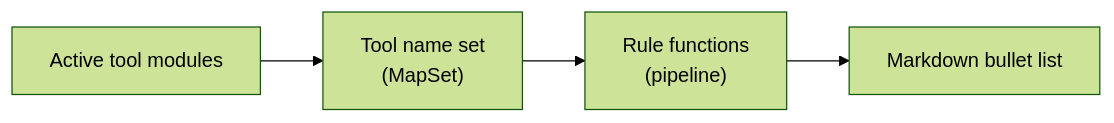
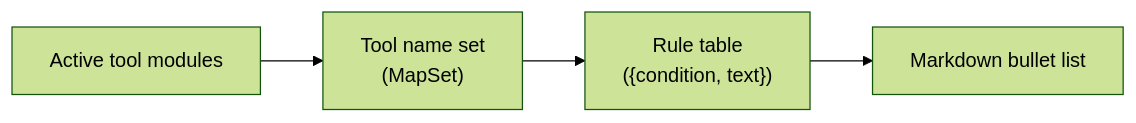
Before and after one commit to matteing/opal: the second of 3 diagrams in docs/system-prompt.md, drawn with Mermaid (forest theme). The commit also changed other lines of this file and 37 other files, not shown here.

````diff
--- a/docs/system-prompt.md
+++ b/docs/system-prompt.md
@@ -161,6 +181,6 @@
 ```mermaid
 flowchart LR
     Tools["Active tool modules"] --> Names["Tool name set<br/>(MapSet)"]
-    Names --> Rules["Rule functions<br/>(pipeline)"]
+    Names --> Rules["Rule table<br/>({condition, text})"]
     Rules --> Guidelines["Markdown bullet list"]
 ```
````
